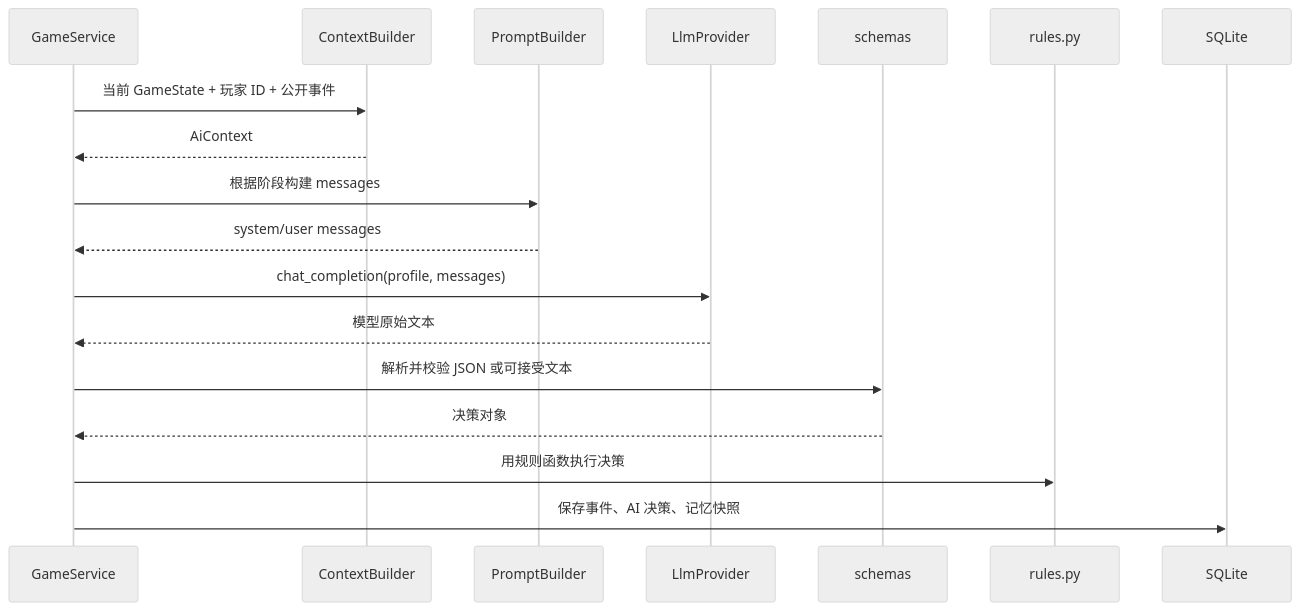
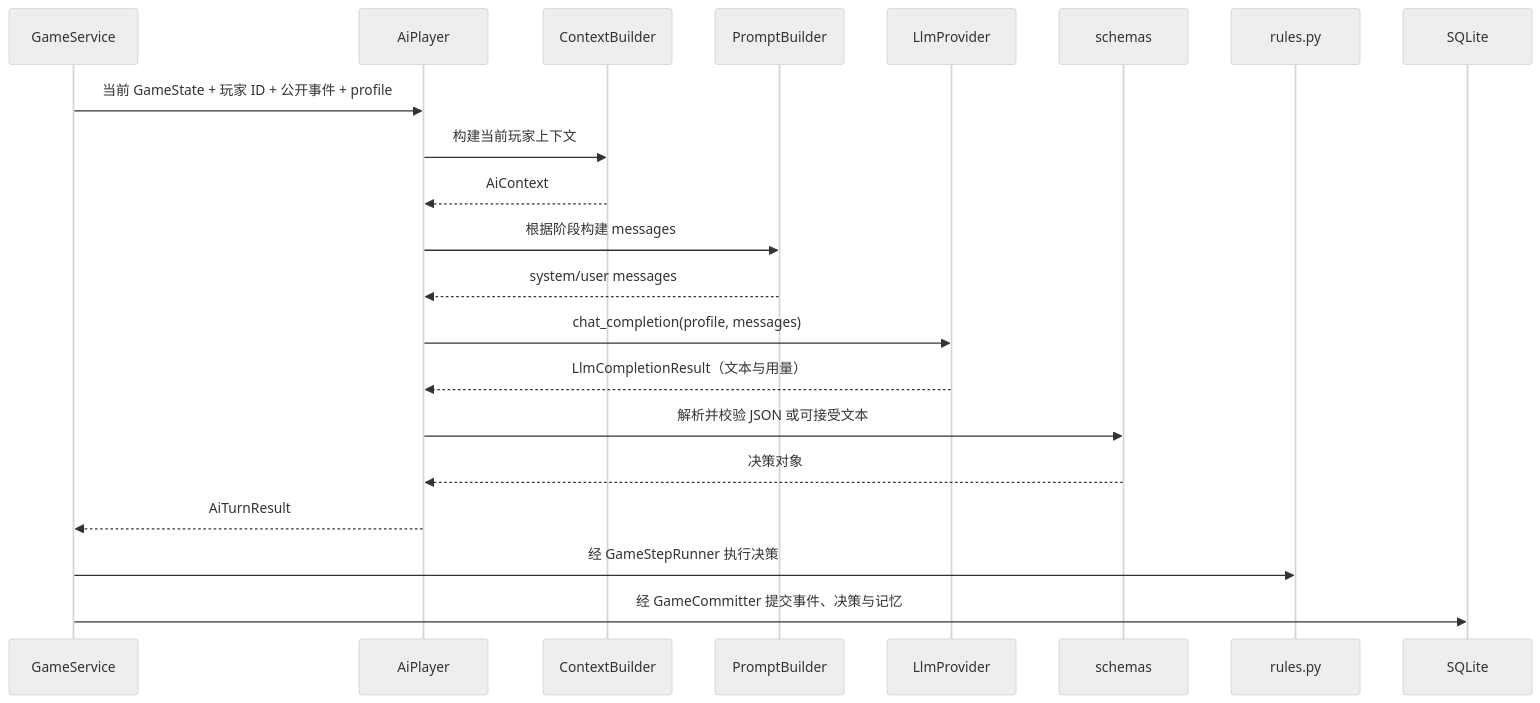
One commit to hzthzt/SoloAvalon changed the third of 3 diagrams in docs/architecture.md. Above: the diagram before and after it, drawn with Mermaid (neutral theme). The commit also changed other lines of this file and 22 other files, not shown here.

````diff
--- a/docs/architecture.md
+++ b/docs/architecture.md
@@ -187,21 +210,24 @@
 ```mermaid
 sequenceDiagram
     participant S as GameService
+    participant A as AiPlayer
     participant C as ContextBuilder
     participant P as PromptBuilder
     participant L as LlmProvider
     participant V as schemas
     participant R as rules.py
     participant DB as SQLite
 
-    S->>C: 当前 GameState + 玩家 ID + 公开事件
-    C-->>S: AiContext
-    S->>P: 根据阶段构建 messages
-    P-->>S: system/user messages
-    S->>L: chat_completion(profile, messages)
-    L-->>S: 模型原始文本
-    S->>V: 解析并校验 JSON 或可接受文本
-    V-->>S: 决策对象
-    S->>R: 用规则函数执行决策
-    S->>DB: 保存事件、AI 决策、记忆快照
+    S->>A: 当前 GameState + 玩家 ID + 公开事件 + profile
+    A->>C: 构建当前玩家上下文
+    C-->>A: AiContext
+    A->>P: 根据阶段构建 messages
+    P-->>A: system/user messages
+    A->>L: chat_completion(profile, messages)
+    L-->>A: LlmCompletionResult（文本与用量）
+    A->>V: 解析并校验 JSON 或可接受文本
+    V-->>A: 决策对象
+    A-->>S: AiTurnResult
+    S->>R: 经 GameStepRunner 执行决策
+    S->>DB: 经 GameCommitter 提交事件、决策与记忆
 ```
````
